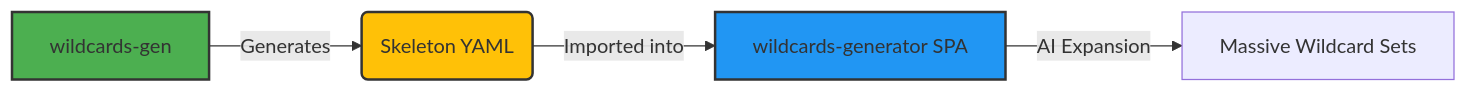
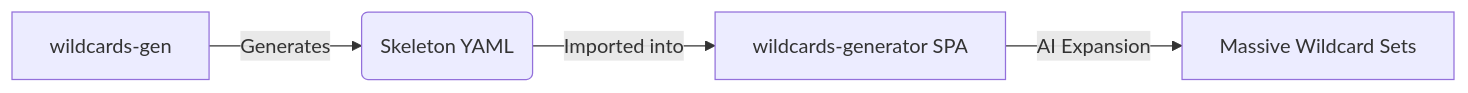
One commit to tazztone/wildcards-gen changed the diagram in README.md. Above: the diagram before and after it, drawn with Mermaid. The commit also changed other lines of this file, not shown here.

Commit message:
docs: update README with architecture overview

````diff
--- a/README.md
+++ b/README.md
@@ -23,10 +12,6 @@
 ```mermaid
 flowchart LR
     A[wildcards-gen] -->|Generates| B(Skeleton YAML)
     B -->|Imported into| C[wildcards-generator SPA]
     C -->|AI Expansion| D[Massive Wildcard Sets]
-    
-    style A fill:#4CAF50,stroke:#333,stroke-width:2px
-    style B fill:#FFC107,stroke:#333,stroke-width:2px
-    style C fill:#2196F3,stroke:#333,stroke-width:2px
 ```
````
